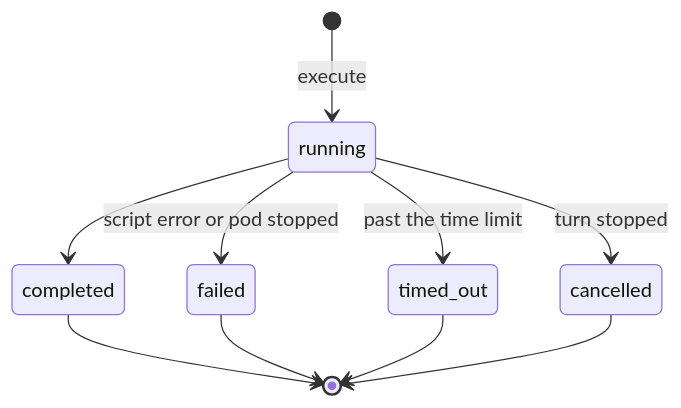
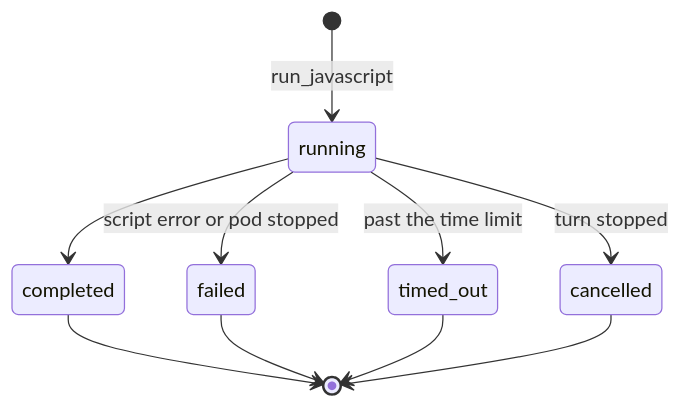
Before and after one commit to archos-at/archos: the second of 2 diagrams in docs/design/agent-computer.md, drawn with Mermaid. The commit also changed other lines of this file and 1 other file, not shown here.

````diff
--- a/docs/design/agent-computer.md
+++ b/docs/design/agent-computer.md
@@ -151,12 +205,12 @@
 ```mermaid
 stateDiagram-v2
-  [*] --> running: execute
+  [*] --> running: run_javascript
   running --> completed
   running --> failed: script error or pod stopped
   running --> timed_out: past the time limit
   running --> cancelled: turn stopped
   completed --> [*]
   failed --> [*]
   timed_out --> [*]
   cancelled --> [*]
 ```
````
